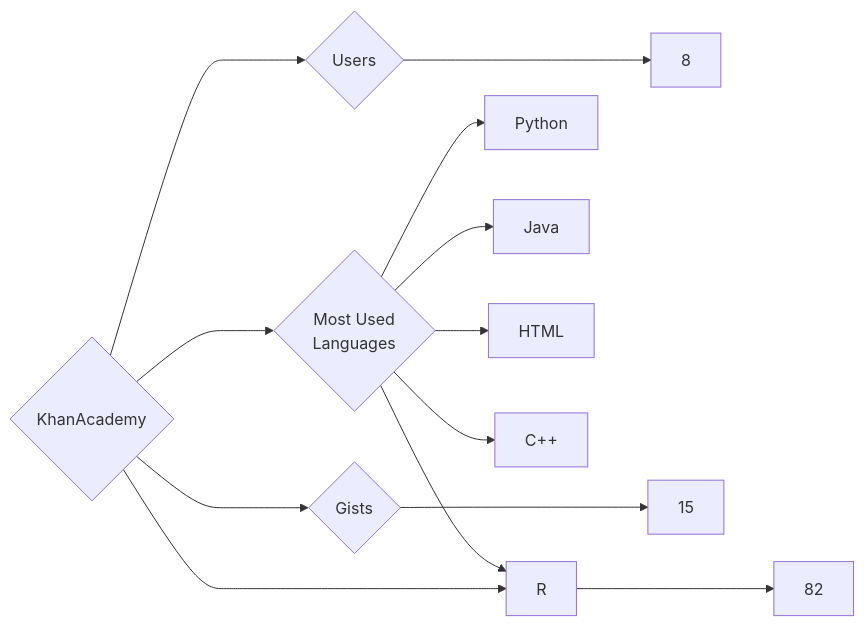
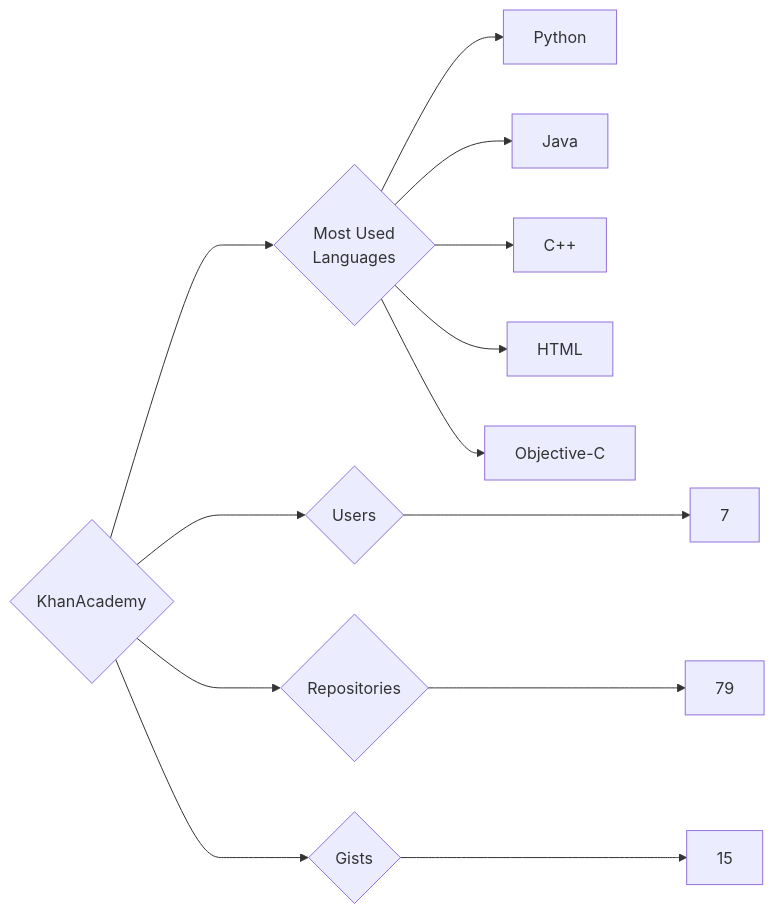
Before and after one commit to trickest/insiders: the diagram in targets/KhanAcademy/README.md, drawn with Mermaid. The commit also changed 1496 other files, not shown here.

````diff
--- a/targets/KhanAcademy/README.md
+++ b/targets/KhanAcademy/README.md
@@ -3,13 +3,13 @@
 ```mermaid
 graph LR
 COMPANY_NAME{KhanAcademy}
-COMPANY_NAME ---> U{Users} ---> UN[8]
-COMPANY_NAME ---> R{Repositories} ---> RN[82]
+COMPANY_NAME ---> U{Users} ---> UN[7]
+COMPANY_NAME ---> R{Repositories} ---> RN[79]
 COMPANY_NAME ---> G{Gists} ---> GN[15]
 COMPANY_NAME ---> ML{Most Used<br>Languages}
 ML --> Python[Python]
 ML --> Java[Java]
+ML --> C++[C++]
 ML --> HTML[HTML]
-ML --> C++[C++]
-ML --> R[R]
+ML --> Objective-C[Objective-C]
 ```
````
